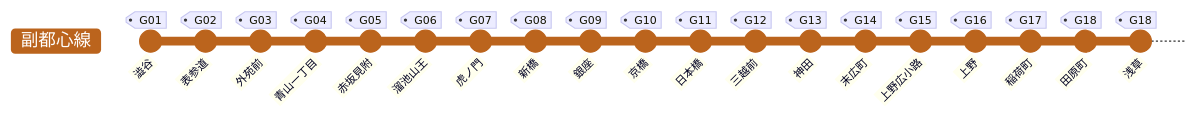
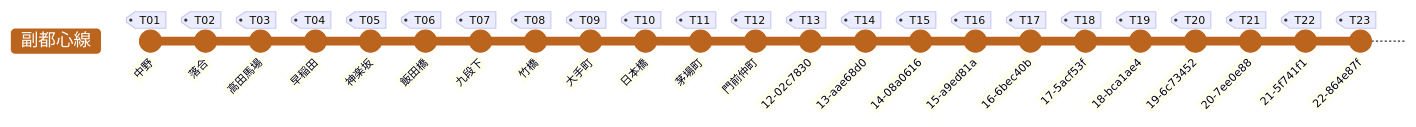
The diagram in 09_FukutoshinLine.md (k-haruaki/tokyo-metro), drawn with Mermaid before and after one commit. The commit also changed 1 other file, not shown here.

Commit message:
東西線の作成

````diff
--- a/09_FukutoshinLine.md
+++ b/09_FukutoshinLine.md
@@ -1,23 +1,27 @@
 ```mermaid
 %%{ init: { 'themeVariables': { 'git0': '#bb641d' },'gitGraph':{'mainBranchName': '副都心線'} } }%%
 gitGraph
-    commit id: "澁谷" tag: "G01"
-    commit id: "表参道" tag: "G02"
-    commit id: "外苑前" tag: "G03"
-    commit id: "青山一丁目" tag: "G04"
-    commit id: "赤坂見附" tag: "G05"
-    commit id: "溜池山王" tag: "G06"
-    commit id: "虎ノ門" tag: "G07"
-    commit id: "新橋" tag: "G08"
-    commit id: "銀座" tag: "G09"
-    commit id: "京橋" tag: "G10"
-    commit id: "日本橋" tag: "G11"
-    commit id: "三越前" tag: "G12"
-    commit id: "神田" tag: "G13"
-    commit id: "末広町" tag: "G14"
-    commit id: "上野広小路" tag: "G15"
-    commit id: "上野" tag: "G16"
-    commit id: "稲荷町" tag: "G17"
-    commit id: "田原町" tag: "G18"
-    commit id: "浅草" tag: "G18"
+    commit id: "中野" tag: "T01"
+    commit id: "落合" tag: "T02"
+    commit id: "高田馬場" tag: "T03"
+    commit id: "早稲田" tag: "T04"
+    commit id: "神楽坂" tag: "T05"
+    commit id: "飯田橋" tag: "T06"
+    commit id: "九段下" tag: "T07"
+    commit id: "竹橋" tag: "T08"
+    commit id: "大手町" tag: "T09"
+    commit id: "日本橋" tag: "T10"
+    commit id: "茅場町" tag: "T11"
+    commit id: "門前仲町" tag: "T12"
+    commit id: "" tag: "T13"
+    commit id: "" tag: "T14"
+    commit id: "" tag: "T15"
+    commit id: "" tag: "T16"
+    commit id: "" tag: "T17"
+    commit id: "" tag: "T18"
+    commit id: "" tag: "T19"
+    commit id: "" tag: "T20"
+    commit id: "" tag: "T21"
+    commit id: "" tag: "T22"
+    commit id: "" tag: "T23"
 ```
````
